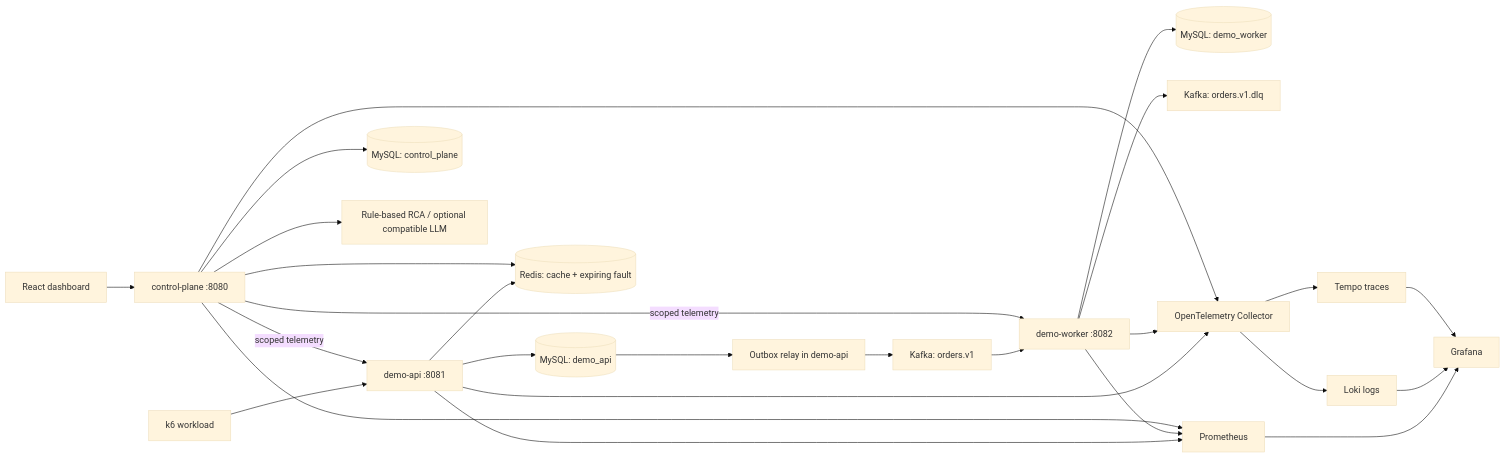
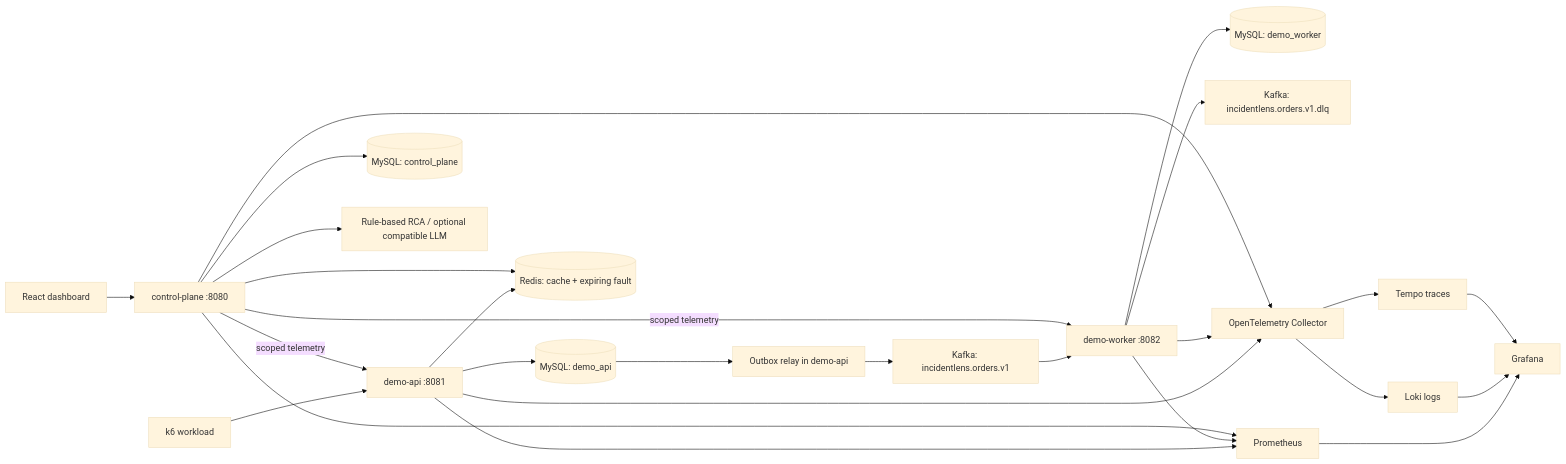
The diagram in README.md (NIGHTPURI/incident-lens), drawn with Mermaid (base theme) before and after one commit. The commit also changed other lines of this file and 10 other files, not shown here.

````diff
--- a/README.md
+++ b/README.md
@@ -49,22 +64,22 @@
 ```mermaid
 flowchart LR
     Browser[React dashboard] --> CP[control-plane :8080]
     k6[k6 workload] --> API[demo-api :8081]
     API --> DB1[(MySQL: demo_api)]
     API --> R[(Redis: cache + expiring fault)]
     DB1 --> Relay[Outbox relay in demo-api]
-    Relay --> K[Kafka: orders.v1]
+    Relay --> K[Kafka: incidentlens.orders.v1]
     K --> W[demo-worker :8082]
     W --> DB2[(MySQL: demo_worker)]
-    W --> DLQ[Kafka: orders.v1.dlq]
+    W --> DLQ[Kafka: incidentlens.orders.v1.dlq]
     CP --> DB3[(MySQL: control_plane)]
     CP --> R
     CP -->|scoped telemetry| API
     CP -->|scoped telemetry| W
     CP --> RCA[Rule-based RCA / optional compatible LLM]
     API & W & CP --> Metrics[Prometheus]
     API & W & CP --> OTel[OpenTelemetry Collector]
     OTel --> Loki[Loki logs]
     OTel --> Tempo[Tempo traces]
     Metrics & Loki & Tempo --> Grafana[Grafana]
 ```
````
